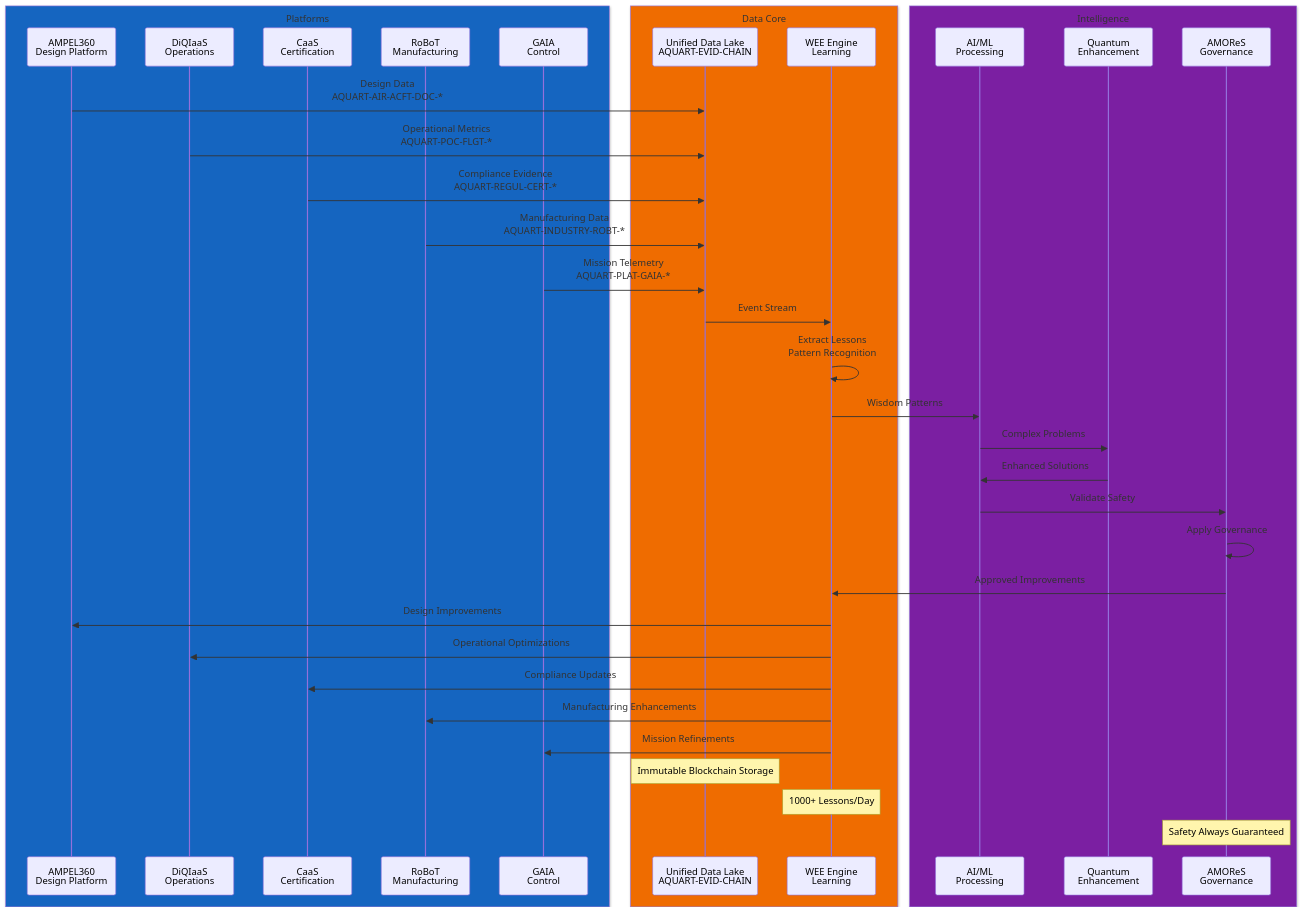
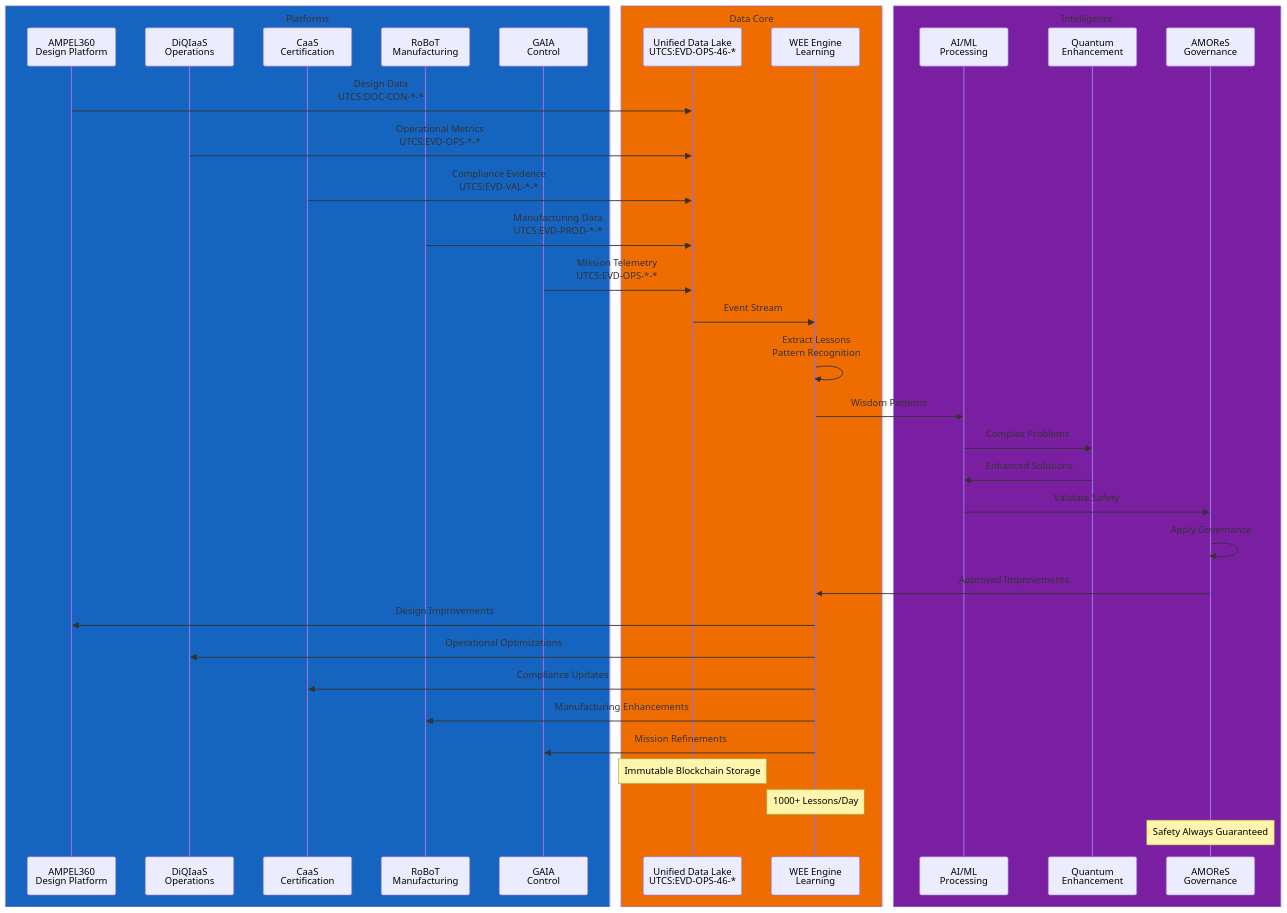
One commit to Robbbo-T/AQUA changed the tenth of 19 diagrams in README.md. Above: the diagram before and after it, drawn with Mermaid. The commit also changed other lines of this file, not shown here.

````diff
--- a/README.md
+++ b/README.md
@@ -2550,58 +2559,58 @@
 ```mermaid
 sequenceDiagram
     participant AMPEL as AMPEL360<br/>Design Platform
     participant DIQI as DiQIaaS<br/>Operations
     participant CAAS as CaaS<br/>Certification
     participant ROBOT as RoBoT<br/>Manufacturing
     participant GAIA as GAIA<br/>Control
-    participant LAKE as Unified Data Lake<br/>AQUART-EVID-CHAIN
+    participant LAKE as Unified Data Lake<br/>UTCS:EVD-OPS-46-*
     participant WEE as WEE Engine<br/>Learning
     participant AI as AI/ML<br/>Processing
     participant QUANTUM as Quantum<br/>Enhancement
     participant AMORES as AMOReS<br/>Governance
     
-    AMPEL->>LAKE: Design Data<br/>AQUART-AIR-ACFT-DOC-*
-    DIQI->>LAKE: Operational Metrics<br/>AQUART-POC-FLGT-*
-    CAAS->>LAKE: Compliance Evidence<br/>AQUART-REGUL-CERT-*
-    ROBOT->>LAKE: Manufacturing Data<br/>AQUART-INDUSTRY-ROBT-*
-    GAIA->>LAKE: Mission Telemetry<br/>AQUART-PLAT-GAIA-*
+    AMPEL->>LAKE: Design Data<br/>UTCS:DOC-CON-*-*
+    DIQI->>LAKE: Operational Metrics<br/>UTCS:EVD-OPS-*-*
+    CAAS->>LAKE: Compliance Evidence<br/>UTCS:EVD-VAL-*-*
+    ROBOT->>LAKE: Manufacturing Data<br/>UTCS:EVD-PROD-*-*
+    GAIA->>LAKE: Mission Telemetry<br/>UTCS:EVD-OPS-*-*
     
     LAKE->>WEE: Event Stream
     WEE->>WEE: Extract Lessons<br/>Pattern Recognition
     WEE->>AI: Wisdom Patterns
     AI->>QUANTUM: Complex Problems
     QUANTUM->>AI: Enhanced Solutions
     
     AI->>AMORES: Validate Safety
     AMORES->>AMORES: Apply Governance
     AMORES->>WEE: Approved Improvements
     
     WEE->>AMPEL: Design Improvements
     WEE->>DIQI: Operational Optimizations
     WEE->>CAAS: Compliance Updates
     WEE->>ROBOT: Manufacturing Enhancements
     WEE->>GAIA: Mission Refinements
     
     Note over LAKE: Immutable Blockchain Storage
     Note over WEE: 1000+ Lessons/Day
     Note over AMORES: Safety Always Guaranteed
     
     box rgb(21, 101, 192) Platforms
     participant AMPEL
     participant DIQI
     participant CAAS
     participant ROBOT
     participant GAIA
     end
     
     box rgb(239, 108, 0) Data Core
     participant LAKE
     participant WEE
     end
     
     box rgb(123, 31, 162) Intelligence
     participant AI
     participant QUANTUM
     participant AMORES
     end
 ```
````
